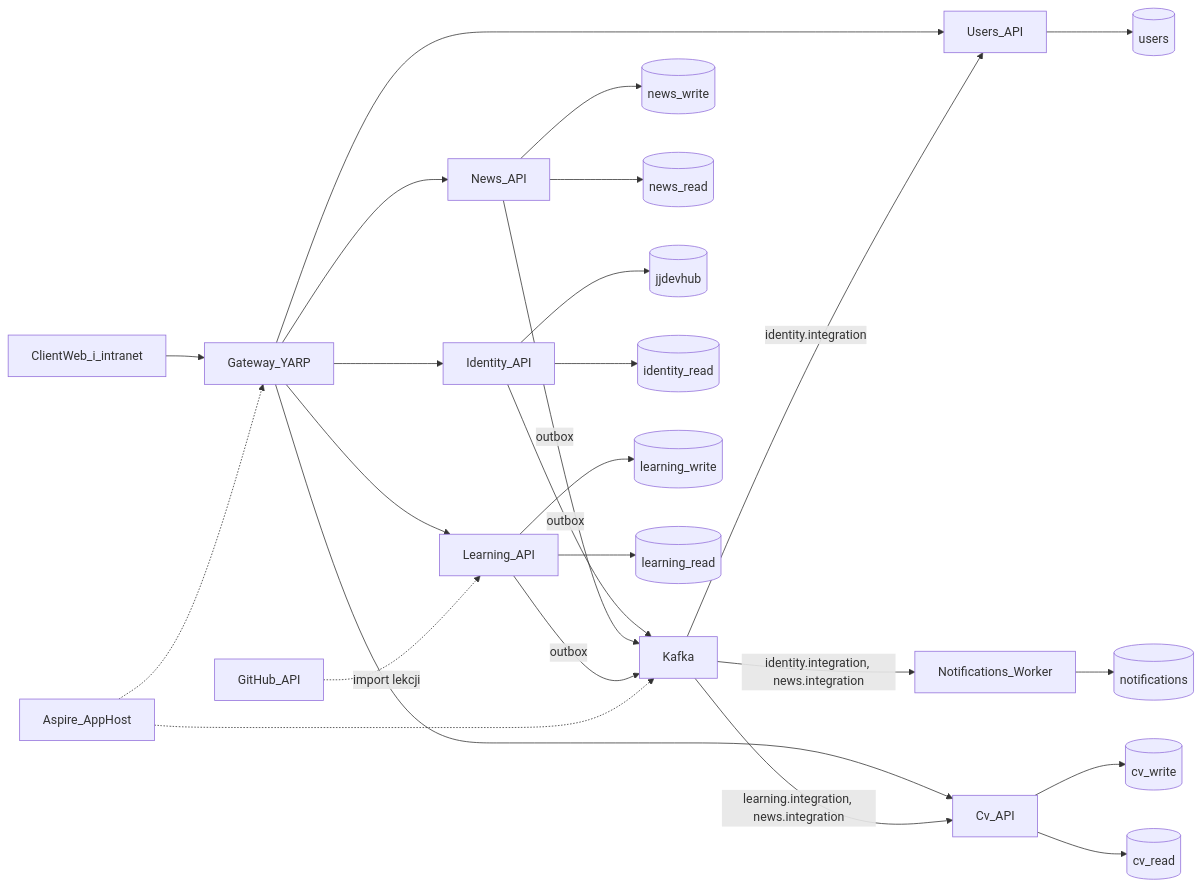
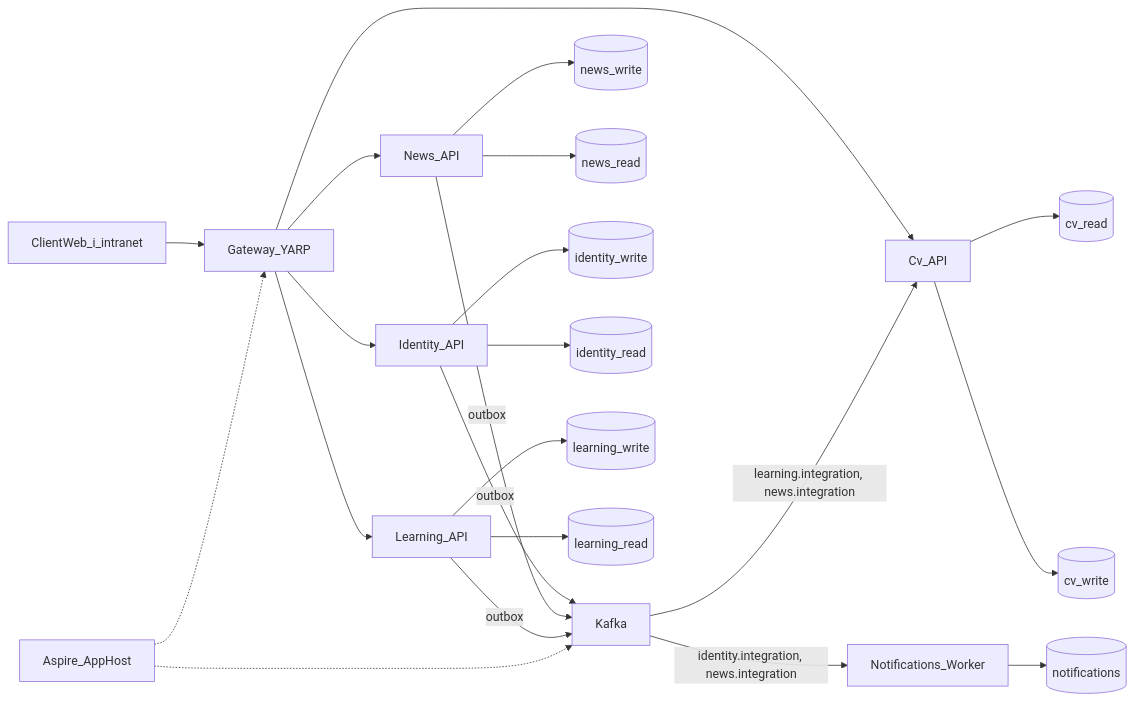
Before and after one commit to jtjaskulski/JJDevHub: the first of 4 diagrams in docs/api/architektura.md, drawn with Mermaid. The commit also changed other lines of this file and 18 other files, not shown here.

First line of the commit message:
Refactor documentation and update service architecture details

````diff
--- a/docs/api/architektura.md
+++ b/docs/api/architektura.md
@@ -11,28 +11,24 @@
 ```mermaid
 flowchart LR
   web[ClientWeb_i_intranet] --> gateway[Gateway_YARP]
   gateway --> identity[Identity_API]
   gateway --> news[News_API]
-  gateway --> users[Users_API]
   gateway --> learning[Learning_API]
   gateway --> cv[Cv_API]
   identity -->|"outbox"| kafka[Kafka]
   news -->|"outbox"| kafka
   learning -->|"outbox"| kafka
-  kafka -->|"identity.integration"| users
   kafka -->|"identity.integration, news.integration"| notifications[Notifications_Worker]
   kafka -->|"learning.integration, news.integration"| cv
-  github[GitHub_API] -.->|"import lekcji"| learning
   news --> newsWrite[(news_write)]
   news --> newsRead[(news_read)]
-  identity --> identityDb[(jjdevhub)]
+  identity --> identityDb[(identity_write)]
   identity --> identityRead[(identity_read)]
-  users --> usersDb[(users)]
   notifications --> notificationsDb[(notifications)]
   learning --> learningWrite[(learning_write)]
   learning --> learningRead[(learning_read)]
   cv --> cvWrite[(cv_write)]
   cv --> cvRead[(cv_read)]
   appHost[Aspire_AppHost] -.-> gateway
   appHost -.-> kafka
 ```
````
